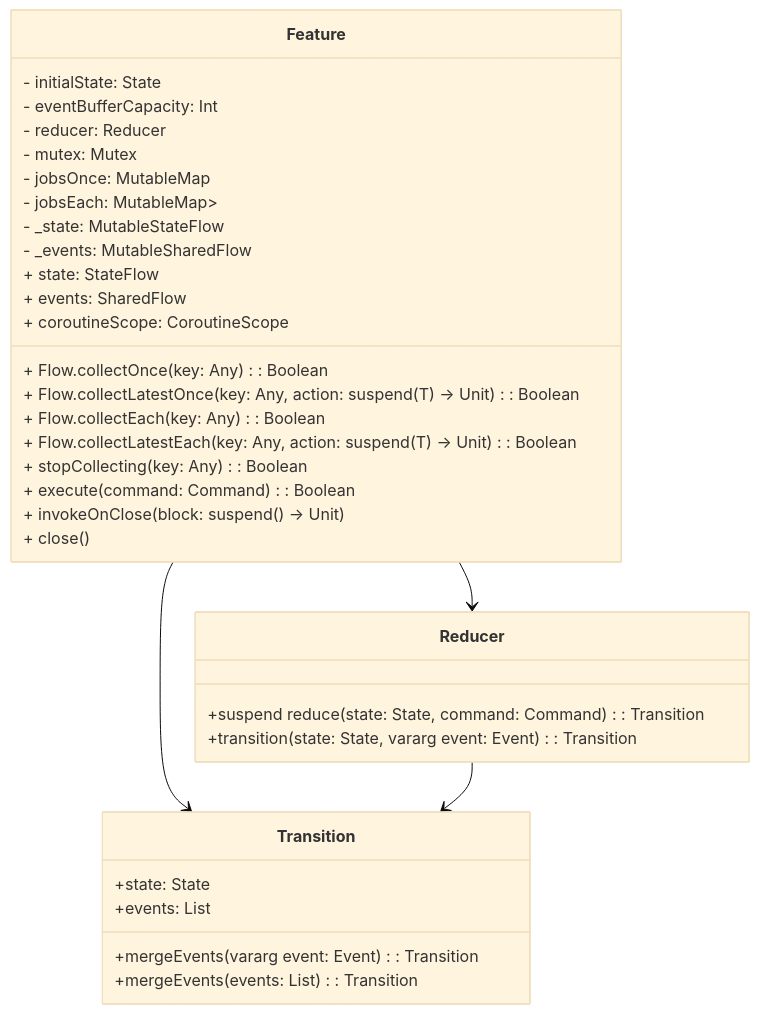
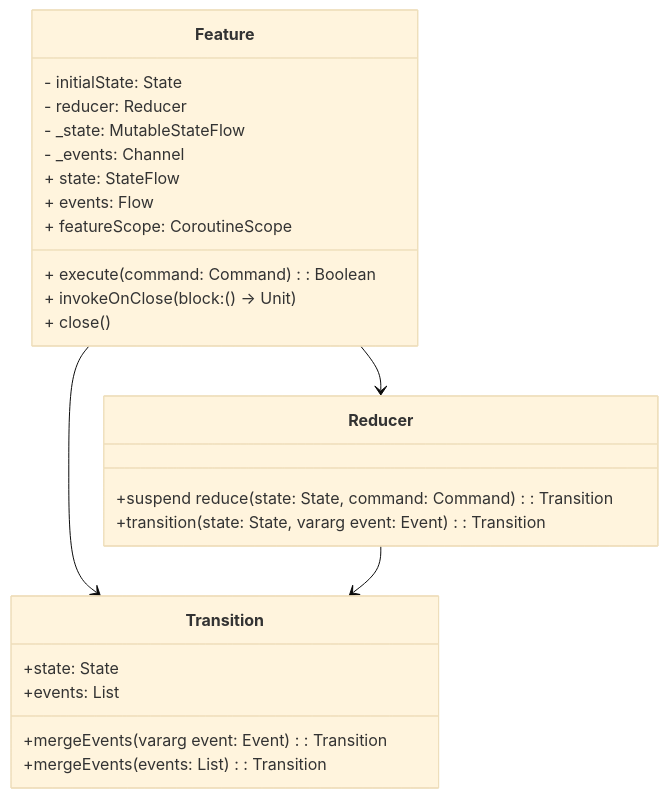
Before and after one commit to numq/reduce-and-conquer: the first of 3 diagrams in README.md, drawn with Mermaid (base theme). The commit also changed other lines of this file and 3 other files, not shown here.

````diff
--- a/README.md
+++ b/README.md
@@ -58,38 +58,29 @@
 ```mermaid
 classDiagram
     class Feature {
         - initialState: State
-        - eventBufferCapacity: Int
         - reducer: Reducer<Command, State, Event>
-        - mutex: Mutex
-        - jobsOnce: MutableMap<Any, Job>
-        - jobsEach: MutableMap<Any, MutableList<Job>>
         - _state: MutableStateFlow<State>
-        - _events: MutableSharedFlow<Event>
+        - _events: Channel<Event>
         + state: StateFlow<State>
-        + events: SharedFlow<Event>
-        + coroutineScope: CoroutineScope
-        + Flow.collectOnce(key: Any): Boolean
-        + Flow.collectLatestOnce(key: Any, action: suspend(T) -> Unit): Boolean
-        + Flow.collectEach(key: Any): Boolean
-        + Flow.collectLatestEach(key: Any, action: suspend(T) -> Unit): Boolean
-        + stopCollecting(key: Any): Boolean
+        + events: Flow<Event>
+        + featureScope: CoroutineScope
         + execute(command: Command): Boolean
-        + invokeOnClose(block: suspend() -> Unit)
+        + invokeOnClose(block: () -> Unit)
         + close()
     }
     class Reducer {
         +suspend reduce(state: State, command: Command): Transition<State, Event>
         +transition(state: State, vararg event: Event): Transition<State, Event>
     }
     class Transition {
         +state: State
         +events: List<Event>
         +mergeEvents(vararg event: Event): Transition<State, Event>
         +mergeEvents(events: List<Event>): Transition<State, Event>
     }
 
     Feature --> Reducer
     Feature --> Transition
     Reducer --> Transition
 ```
````
